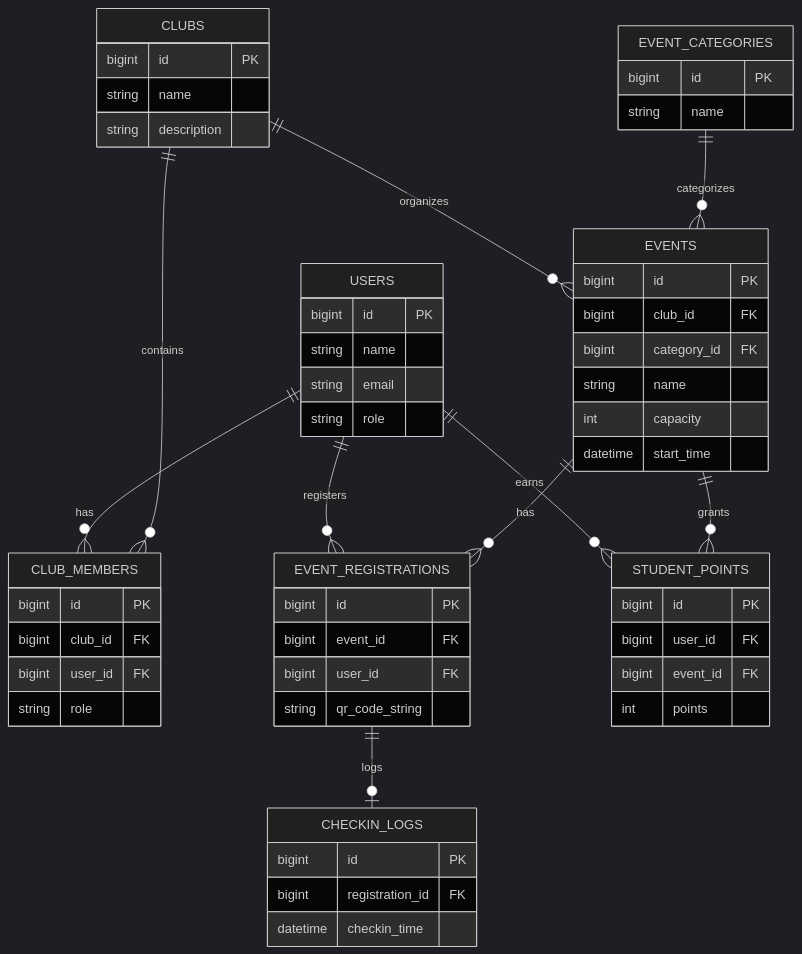
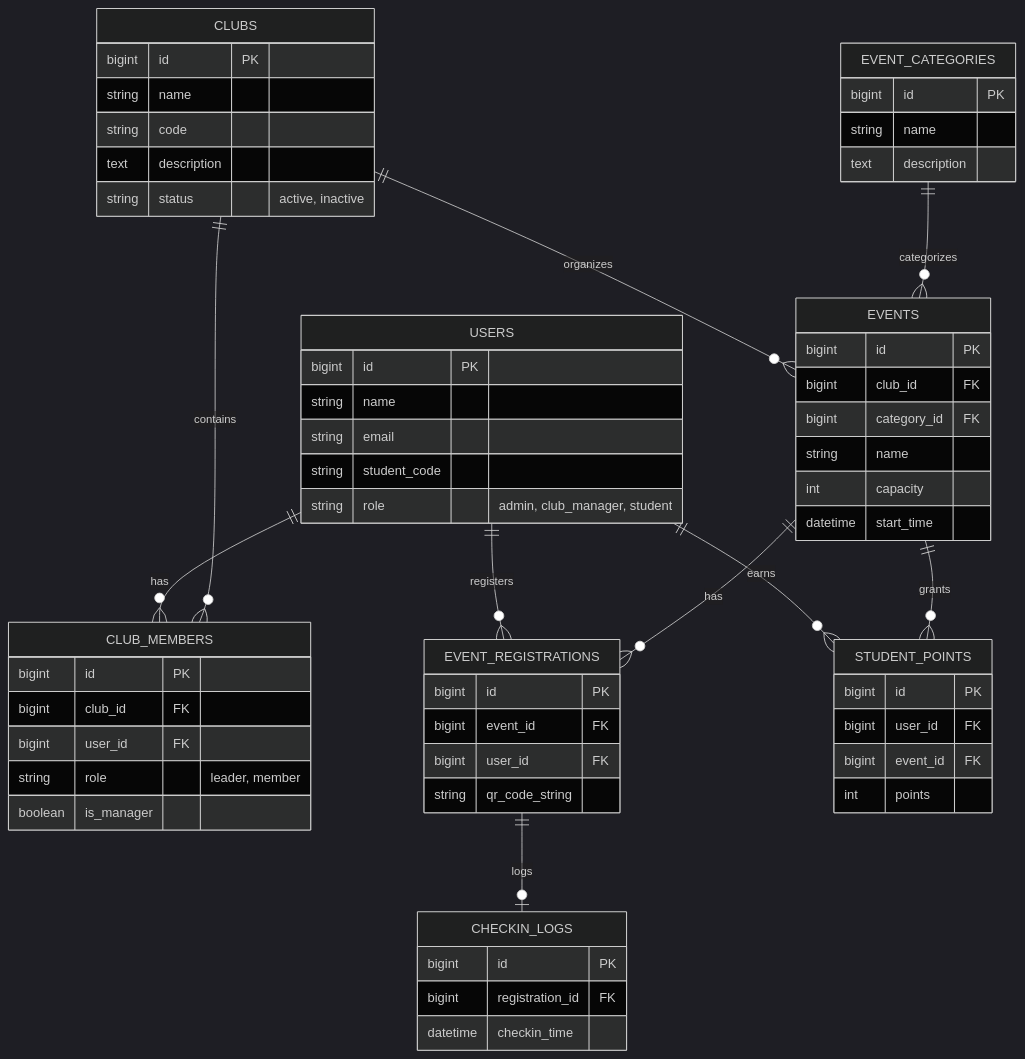
Before and after one commit to HungDo122/Nhosm12_CSE: the diagram in README.md, drawn with Mermaid (dark theme). The commit also changed other lines of this file, not shown here.

````diff
--- a/README.md
+++ b/README.md
@@ -1,70 +20,68 @@
 ```mermaid
 erDiagram
-    USERS ||--o{ CLUB_MEMBERS : has
-    USERS ||--o{ EVENT_REGISTRATIONS : registers
-    USERS ||--o{ STUDENT_POINTS : earns
-
-    CLUBS ||--o{ CLUB_MEMBERS : contains
-    CLUBS ||--o{ EVENTS : organizes
-
-    EVENT_CATEGORIES ||--o{ EVENTS : categorizes
-
-    EVENTS ||--o{ EVENT_REGISTRATIONS : has
-    EVENTS ||--o{ STUDENT_POINTS : grants
-
-    EVENT_REGISTRATIONS ||--o| CHECKIN_LOGS : logs
+    USERS ||--o{ CLUB_MEMBERS : "has"
+    USERS ||--o{ EVENT_REGISTRATIONS : "registers"
+    USERS ||--o{ STUDENT_POINTS : "earns"
+    
+    CLUBS ||--o{ CLUB_MEMBERS : "contains"
+    CLUBS ||--o{ EVENTS : "organizes"
+    
+    EVENT_CATEGORIES ||--o{ EVENTS : "categorizes"
+    
+    EVENTS ||--o{ EVENT_REGISTRATIONS : "has"
+    EVENTS ||--o{ STUDENT_POINTS : "grants"
+    
+    EVENT_REGISTRATIONS ||--o| CHECKIN_LOGS : "logs"
 
     USERS {
         bigint id PK
         string name
         string email
-        string role
+        string student_code
+        string role "admin, club_manager, student"
     }
-
     CLUBS {
         bigint id PK
         string name
-        string description
+        string code
+        text description
+        string status "active, inactive"
     }
-
     CLUB_MEMBERS {
         bigint id PK
         bigint club_id FK
         bigint user_id FK
-        string role
+        string role "leader, member"
+        boolean is_manager
     }
-
     EVENT_CATEGORIES {
         bigint id PK
         string name
+        text description
     }
-
     EVENTS {
         bigint id PK
         bigint club_id FK
         bigint category_id FK
         string name
         int capacity
         datetime start_time
     }
-
     EVENT_REGISTRATIONS {
         bigint id PK
         bigint event_id FK
         bigint user_id FK
         string qr_code_string
     }
-
     CHECKIN_LOGS {
         bigint id PK
         bigint registration_id FK
         datetime checkin_time
     }
-
     STUDENT_POINTS {
         bigint id PK
         bigint user_id FK
         bigint event_id FK
         int points
     }
 ```
````
